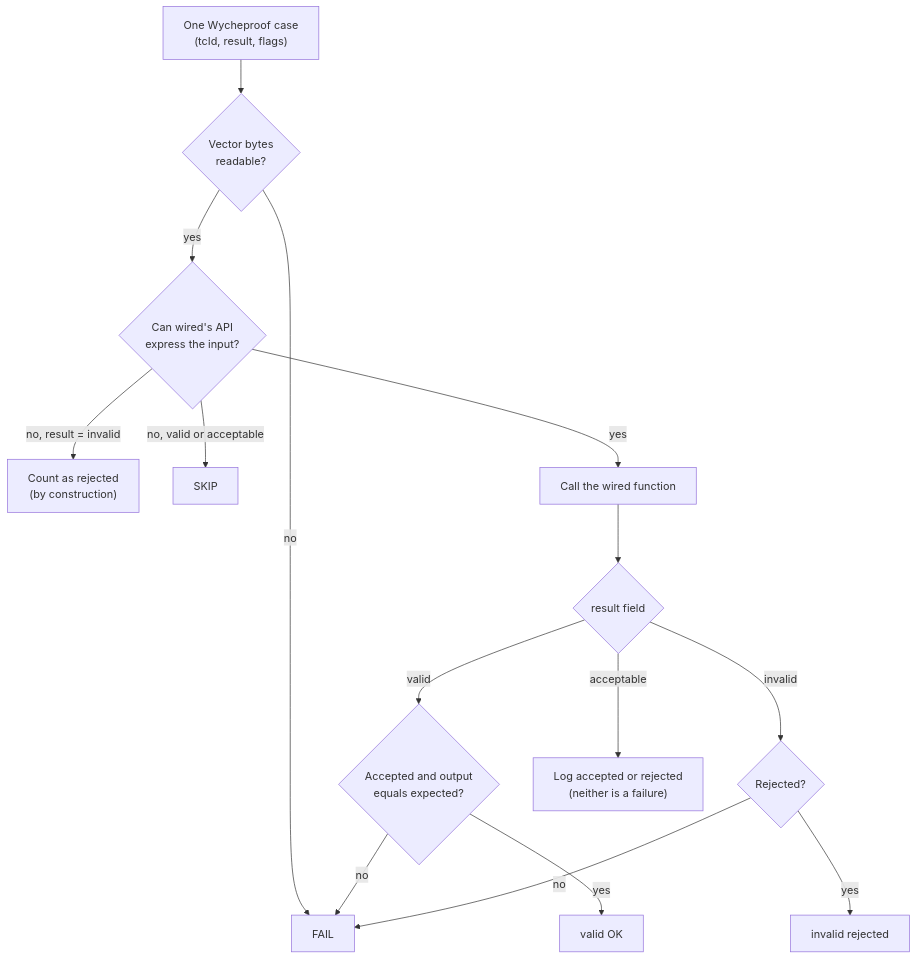
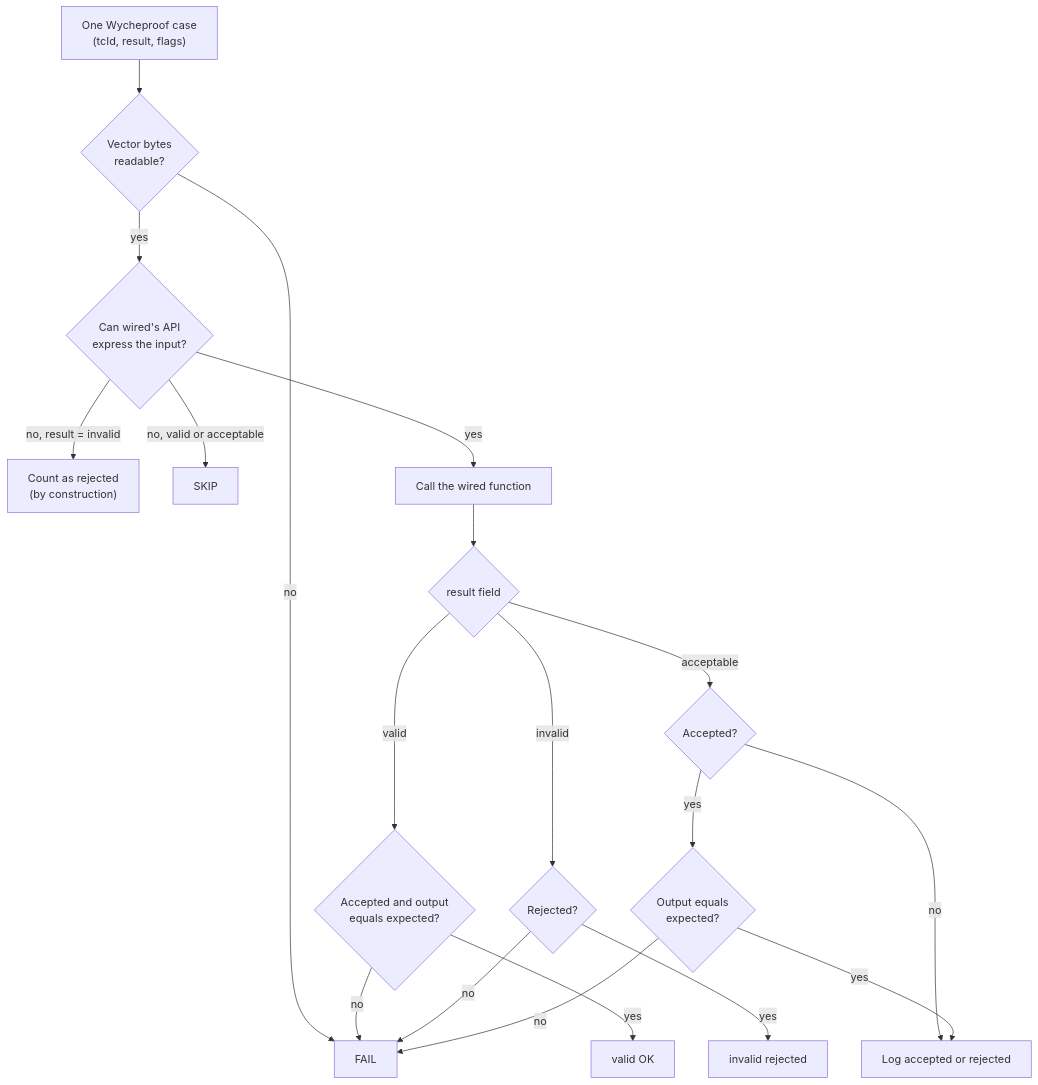
Before and after one commit to Hakkadaikon/wired: the diagram in docs/security/wycheproof-vectors.md, drawn with Mermaid. The commit also changed other lines of this file, not shown here.

````diff
--- a/docs/security/wycheproof-vectors.md
+++ b/docs/security/wycheproof-vectors.md
@@ -55,17 +60,21 @@
 ```mermaid
 flowchart TD
   A["One Wycheproof case<br/>(tcId, result, flags)"] --> B{"Vector bytes<br/>readable?"}
   B -- no --> F["FAIL"]
   B -- yes --> C{"Can wired's API<br/>express the input?"}
   C -- "no, result = invalid" --> RC["Count as rejected<br/>(by construction)"]
   C -- "no, valid or acceptable" --> S["SKIP"]
   C -- yes --> D["Call the wired function"]
   D --> E{"result field"}
   E -- valid --> V{"Accepted and output<br/>equals expected?"}
   V -- yes --> VOK["valid OK"]
   V -- no --> F
   E -- invalid --> I{"Rejected?"}
   I -- yes --> IR["invalid rejected"]
   I -- no --> F
-  E -- acceptable --> L["Log accepted or rejected<br/>(neither is a failure)"]
+  E -- acceptable --> AC{"Accepted?"}
+  AC -- no --> L["Log accepted or rejected"]
+  AC -- yes --> AO{"Output equals<br/>expected?"}
+  AO -- yes --> L
+  AO -- no --> F
 ```
````
